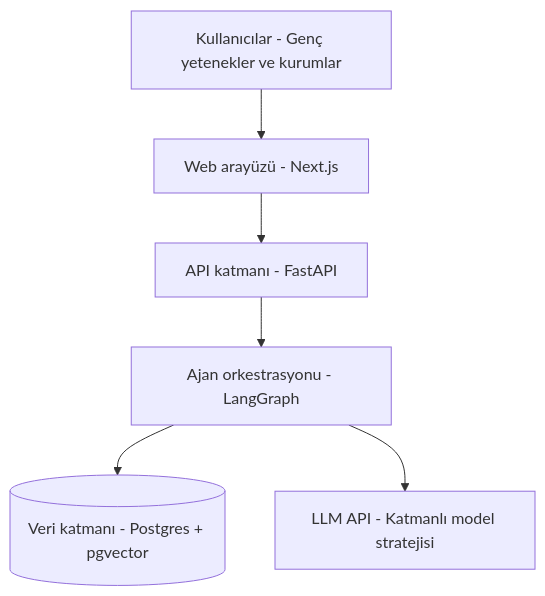
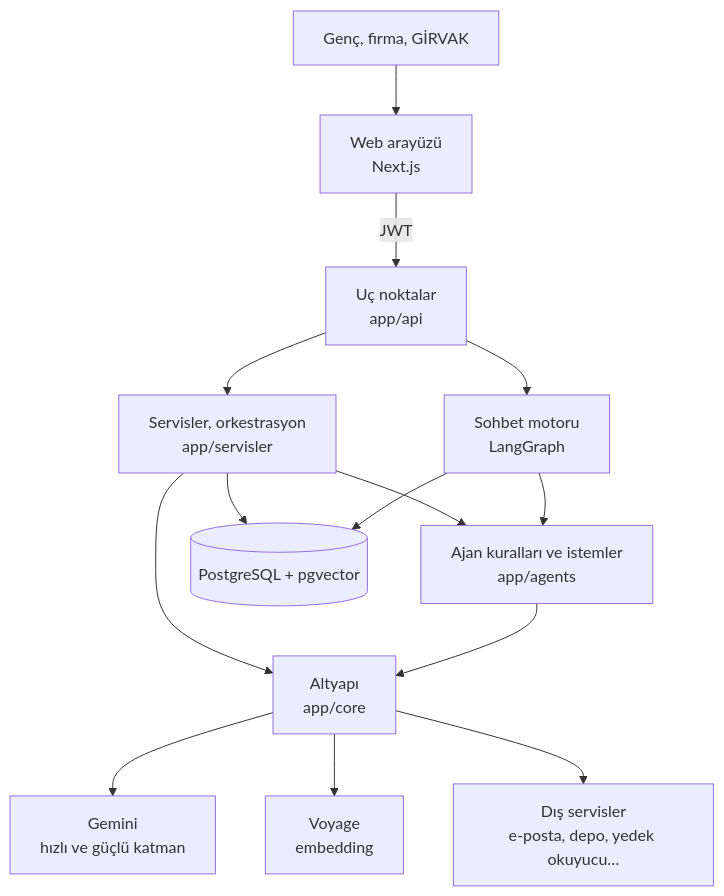
The diagram in docs/architecture.md (zuhrekorhn/Zemin360-Hackathon), drawn with Mermaid before and after one commit. The commit also changed other lines of this file and 1 other file, not shown here.

Commit message:
architecture ve agent-specs koda göre: katmanlı diyagram, LLM katman ataması, desenler ve bilinen borç; eşleştirme pipeline'ı gerçek adımlarla (ESCO yok), doğrulamada puanı kural verir

````diff
--- a/docs/architecture.md
+++ b/docs/architecture.md
@@ -7,8 +17,16 @@
 ```mermaid
 flowchart TD
-  U[Kullanıcılar - Genç yetenekler ve kurumlar] --> W[Web arayüzü - Next.js]
-  W --> A[API katmanı - FastAPI]
-  A --> O[Ajan orkestrasyonu - LangGraph]
-  O --> D[(Veri katmanı - Postgres + pgvector)]
-  O --> L[LLM API - Katmanlı model stratejisi]
+  U[Genç, firma, GİRVAK] --> W[Web arayüzü<br/>Next.js]
+  W -->|JWT| A[Uç noktalar<br/>app/api]
+  A --> S[Servisler, orkestrasyon<br/>app/servisler]
+  A --> M[Sohbet motoru<br/>LangGraph]
+  S --> G[Ajan kuralları ve istemler<br/>app/agents]
+  M --> G
+  S --> C[Altyapı<br/>app/core]
+  G --> C
+  S --> D[(PostgreSQL + pgvector)]
+  M --> D
+  C --> L[Gemini<br/>hızlı ve güçlü katman]
+  C --> V[Voyage<br/>embedding]
+  C --> X[Dış servisler<br/>e-posta, depo, yedek okuyucu…]
 ```
````
